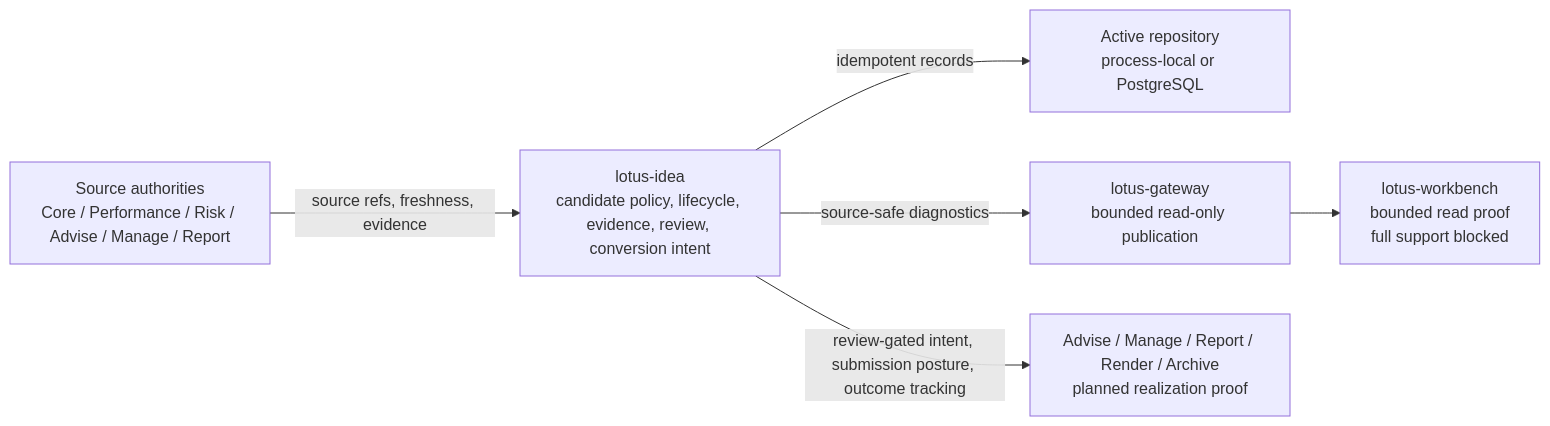
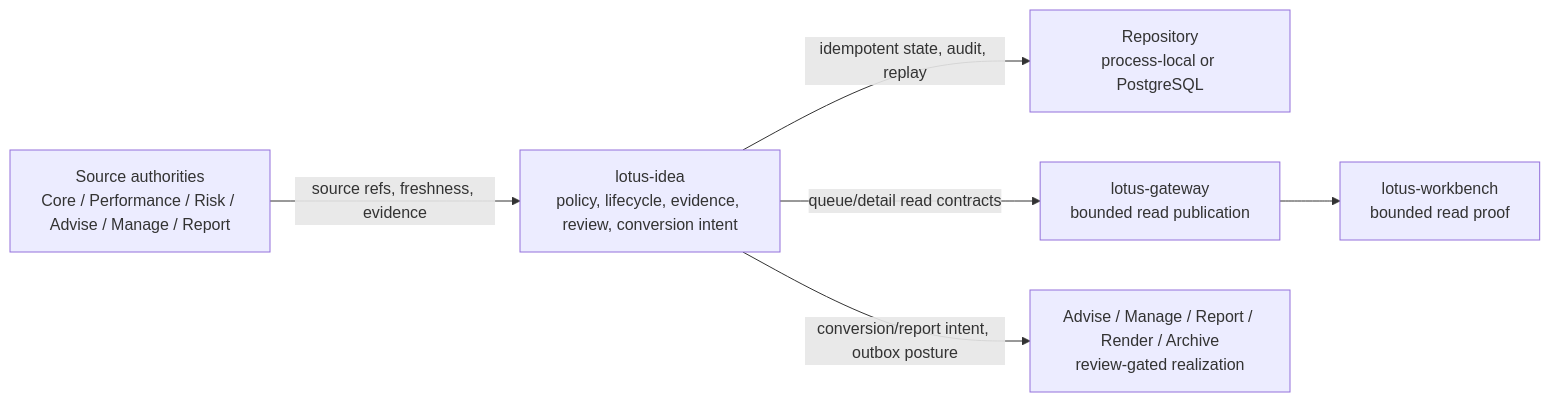
One commit to sgajbi/lotus-idea changed the first of 2 diagrams in README.md. Above: the diagram before and after it, drawn with Mermaid. The commit also changed other lines of this file, not shown here.

````diff
--- a/README.md
+++ b/README.md
@@ -91,15 +68,15 @@
 ```mermaid
 flowchart LR
-    Core["Source authorities<br/>Core / Performance / Risk / Advise / Manage / Report"]
-    Idea["lotus-idea<br/>candidate policy, lifecycle, evidence, review, conversion intent"]
-    Store["Active repository<br/>process-local or PostgreSQL"]
-    Gateway["lotus-gateway<br/>bounded read-only publication"]
-    Workbench["lotus-workbench<br/>bounded read proof<br/>full support blocked"]
-    Downstream["Advise / Manage / Report / Render / Archive<br/>planned realization proof"]
+    Sources["Source authorities<br/>Core / Performance / Risk / Advise / Manage / Report"]
+    Idea["lotus-idea<br/>policy, lifecycle, evidence, review, conversion intent"]
+    Store["Repository<br/>process-local or PostgreSQL"]
+    Gateway["lotus-gateway<br/>bounded read publication"]
+    Workbench["lotus-workbench<br/>bounded read proof"]
+    Downstream["Advise / Manage / Report / Render / Archive<br/>review-gated realization"]
 
-    Core -->|"source refs, freshness, evidence"| Idea
-    Idea -->|"idempotent records"| Store
-    Idea -->|"source-safe diagnostics"| Gateway
+    Sources -->|"source refs, freshness, evidence"| Idea
+    Idea -->|"idempotent state, audit, replay"| Store
+    Idea -->|"queue/detail read contracts"| Gateway
     Gateway --> Workbench
-    Idea -->|"review-gated intent, submission posture, outcome tracking"| Downstream
+    Idea -->|"conversion/report intent, outbox posture"| Downstream
 ```
````
